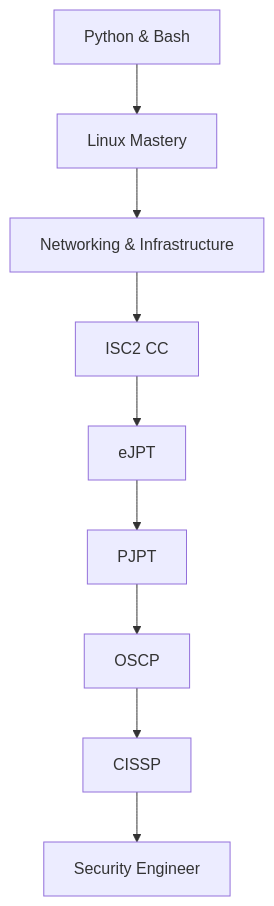
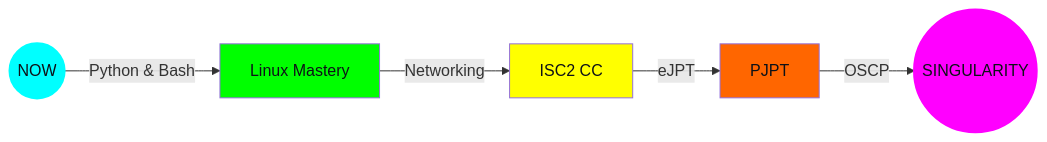
One commit to sethji-x/sethji-x changed the diagram in README.md. Above: the diagram before and after it, drawn with Mermaid. The commit also changed other lines of this file and 1 other file, not shown here.

````diff
--- a/README.md
+++ b/README.md
@@ -51,11 +227,13 @@
 ```mermaid
-flowchart TD
-    A[Python & Bash] --> B[Linux Mastery]
-    B --> C[Networking & Infrastructure]
-    C --> D[ISC2 CC]
-    D --> E[eJPT]
-    E --> F[PJPT]
-    F --> G[OSCP]
-    G --> H[CISSP]
-    H --> I[Security Engineer]
+flowchart LR
+    A((NOW)) -->|Python & Bash| B[Linux Mastery]
+    B -->|Networking| C[ISC2 CC]
+    C -->|eJPT| D[PJPT]
+    D -->|OSCP| E((SINGULARITY))
+    
+    style A fill:#00FFFF,color:#0D1117,stroke:#00FFFF,stroke-width:3px
+    style E fill:#FF00FF,color:#0D1117,stroke:#FF00FF,stroke-width:3px
+    style B fill:#00FF00,color:#0D1117
+    style C fill:#FFFF00,color:#0D1117
+    style D fill:#FF6600,color:#0D1117
 ```
````
